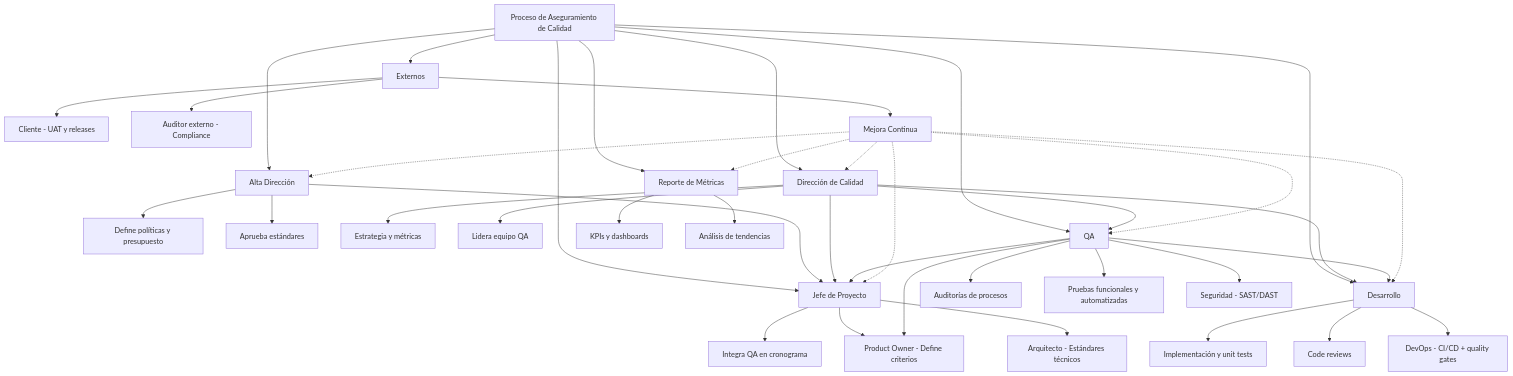
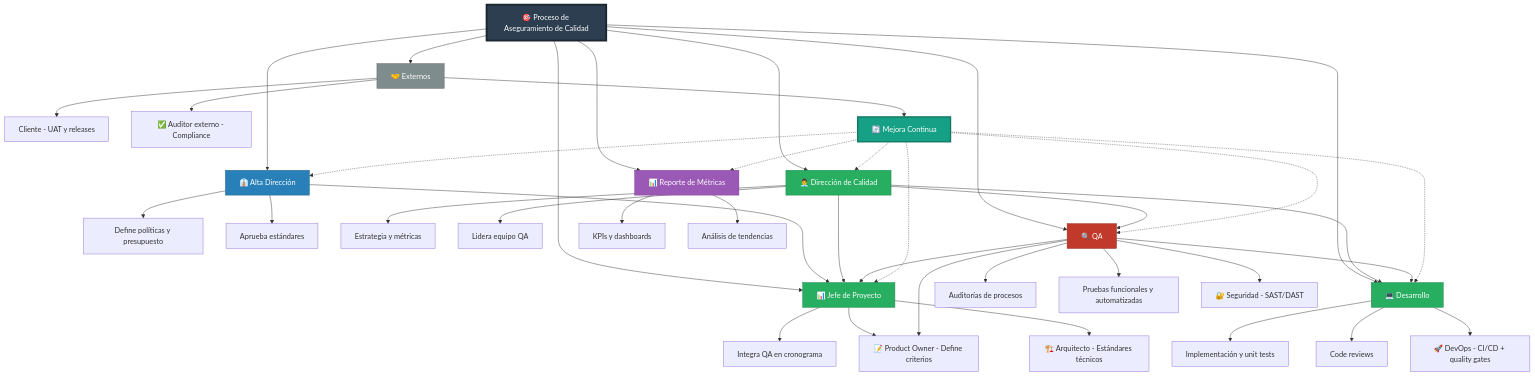
One commit to titoruizh/Topico_Ing_Software changed the third of 4 diagrams in README.md. Above: the diagram before and after it, drawn with Mermaid.

````diff
--- a/README.md
+++ b/README.md
@@ -85,72 +85,65 @@
 ```mermaid
 graph TD
-    A[Proceso de Aseguramiento de Calidad]
+    A[🎯 Proceso de Aseguramiento de Calidad]
 
-    B[Alta Dirección]
+    B[👔 Alta Dirección]
     B1[Define políticas y presupuesto]
     B2[Aprueba estándares]
 
-    C[Dirección de Calidad]
+    C[👨‍💼 Dirección de Calidad]
     C1[Estrategia y métricas]
     C2[Lidera equipo QA]
 
-    D[Jefe de Proyecto]
+    D[📊 Jefe de Proyecto]
     D1[Integra QA en cronograma]
-    D2[Product Owner - Define criterios]
-    D3[Arquitecto - Estándares técnicos]
+    D2[📝 Product Owner - Define criterios]
+    D3[🏗️ Arquitecto - Estándares técnicos]
 
-    E[Desarrollo]
+    E[💻 Desarrollo]
     E1[Implementación y unit tests]
     E2[Code reviews]
-    E3[DevOps - CI/CD + quality gates]
+    E3[🚀 DevOps - CI/CD + quality gates]
 
-    F[QA]
+    F[🔍 QA]
     F1[Auditorías de procesos]
     F2[Pruebas funcionales y automatizadas]
-    F3[Seguridad - SAST/DAST]
+    F3[🔐 Seguridad - SAST/DAST]
 
-    G[Reporte de Métricas]
+    G[📊 Reporte de Métricas]
     G1[KPIs y dashboards]
     G2[Análisis de tendencias]
 
-    H[Externos]
+    H[🤝 Externos]
     H1[Cliente - UAT y releases]
-    H2[Auditor externo - Compliance]
+    H2[✅ Auditor externo - Compliance]
 
-    I[Mejora Continua]
+    I[🔄 Mejora Continua]
 
-    %% Conexiones jerárquicas
+    %% Jerarquía principal
     A --> B
     B --> B1
     B --> B2
-
     A --> C
     C --> C1
     C --> C2
-
     A --> D
     D --> D1
     D --> D2
     D --> D3
-
     A --> E
     E --> E1
     E --> E2
     E --> E3
-
     A --> F
     F --> F1
     F --> F2
     F --> F3
-
     A --> G
     G --> G1
     G --> G2
-
     A --> H
     H --> H1
     H --> H2
-
     H --> I
 
     %% Conexiones cruzadas
@@ -168,4 +161,14 @@
     I -.-> F
     I -.-> G
 
+    %% Estilos
+    style A fill:#2C3E50,stroke:#1A252F,stroke-width:4px,color:#FFF
+    style B fill:#2980B9,stroke:#1F618D,color:#FFF
+    style C fill:#27AE60,stroke:#1E8449,color:#FFF
+    style D fill:#27AE60,stroke:#1E8449,color:#FFF
+    style E fill:#27AE60,stroke:#1E8449,color:#FFF
+    style F fill:#C0392B,stroke:#922B21,color:#FFF
+    style G fill:#9B59B6,stroke:#7D3C98,color:#FFF
+    style H fill:#7F8C8D,stroke:#626567,color:#FFF
+    style I fill:#16A085,stroke:#117864,stroke-width:3px,color:#FFF
 ```
````
